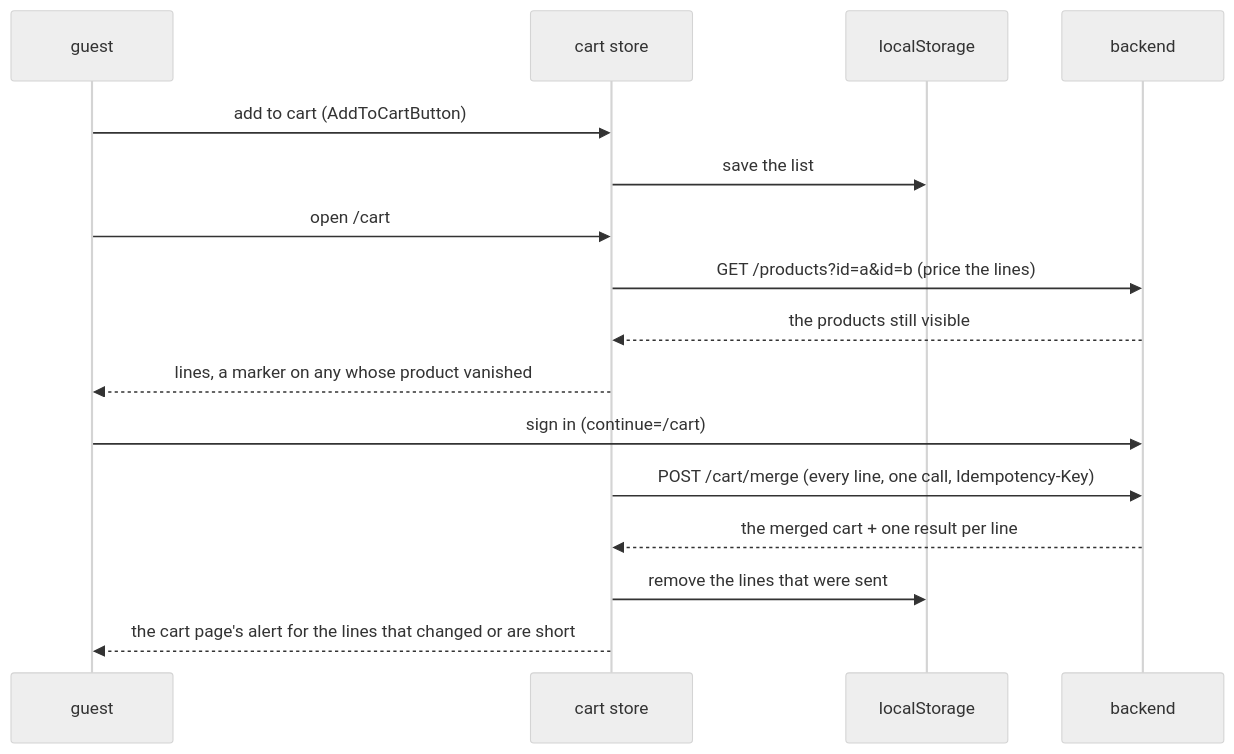
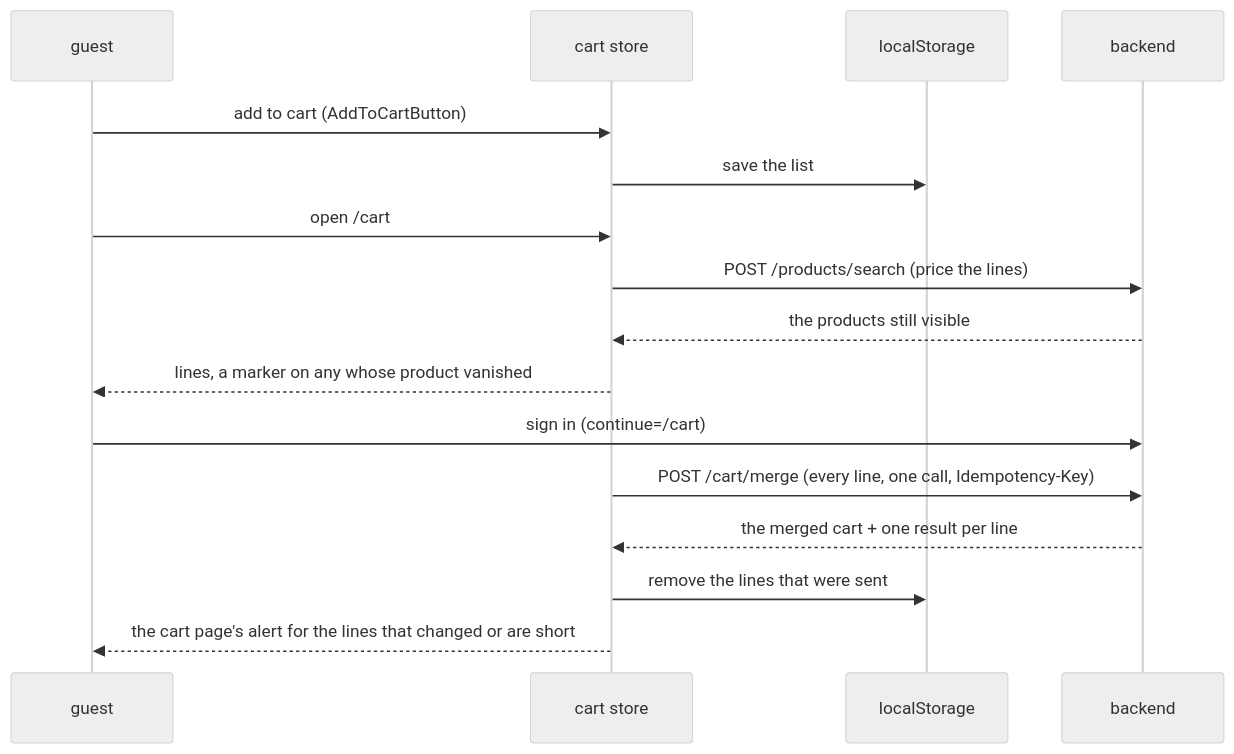
One commit to Guebbit/boilerplate-vue-frontend changed the first of 5 diagrams in docs/modules/cart.md. Above: the diagram before and after it, drawn with Mermaid (neutral theme). The commit also changed other lines of this file and 28 other files, not shown here.

````diff
--- a/docs/modules/cart.md
+++ b/docs/modules/cart.md
@@ -87,18 +87,18 @@
 ```mermaid
 sequenceDiagram
     participant G as guest
     participant S as cart store
     participant LS as localStorage
     participant API as backend
     G->>S: add to cart (AddToCartButton)
     S->>LS: save the list
     G->>S: open /cart
-    S->>API: GET /products?id=a&id=b (price the lines)
+    S->>API: POST /products/search (price the lines)
     API-->>S: the products still visible
     S-->>G: lines, a marker on any whose product vanished
     G->>API: sign in (continue=/cart)
     S->>API: POST /cart/merge (every line, one call, Idempotency-Key)
     API-->>S: the merged cart + one result per line
     S->>LS: remove the lines that were sent
     S-->>G: the cart page's alert for the lines that changed or are short
 ```
````
